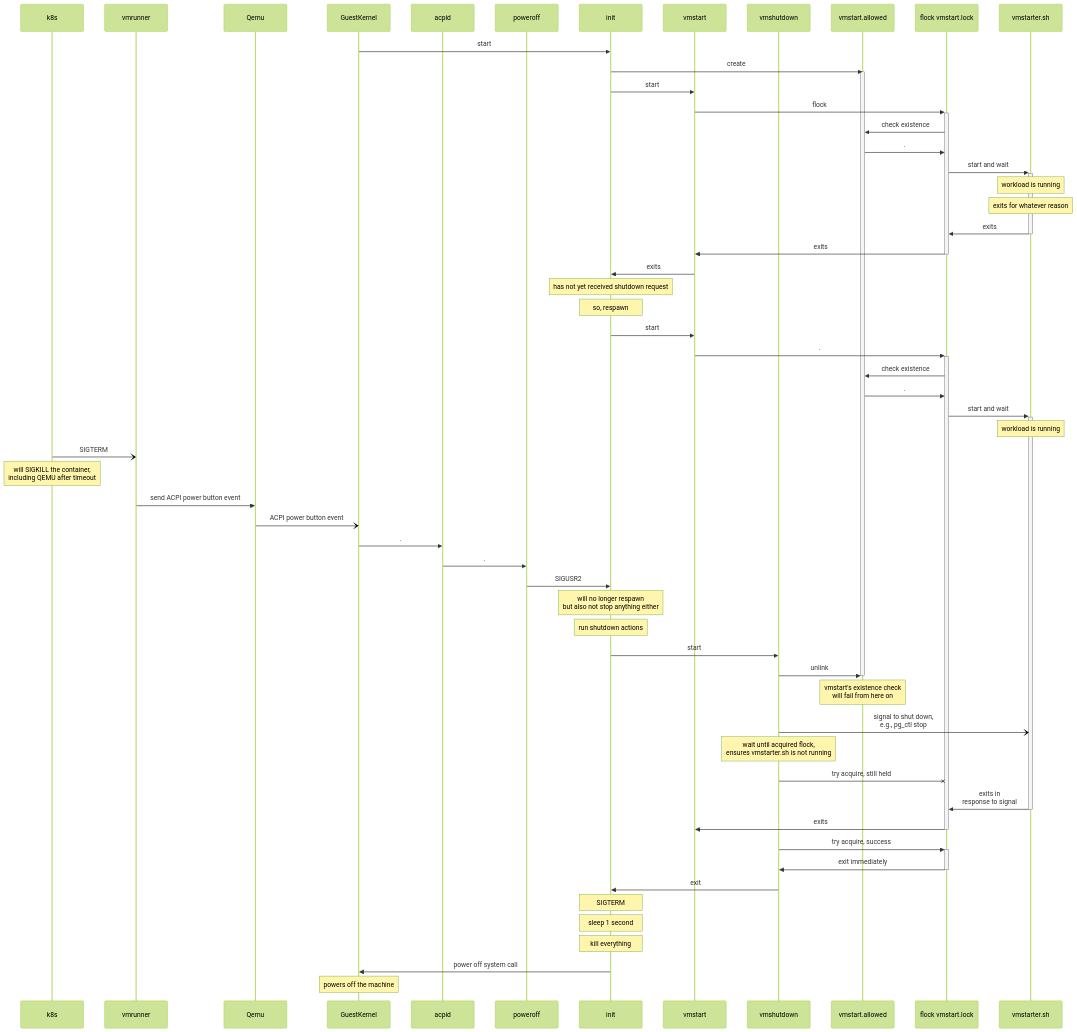
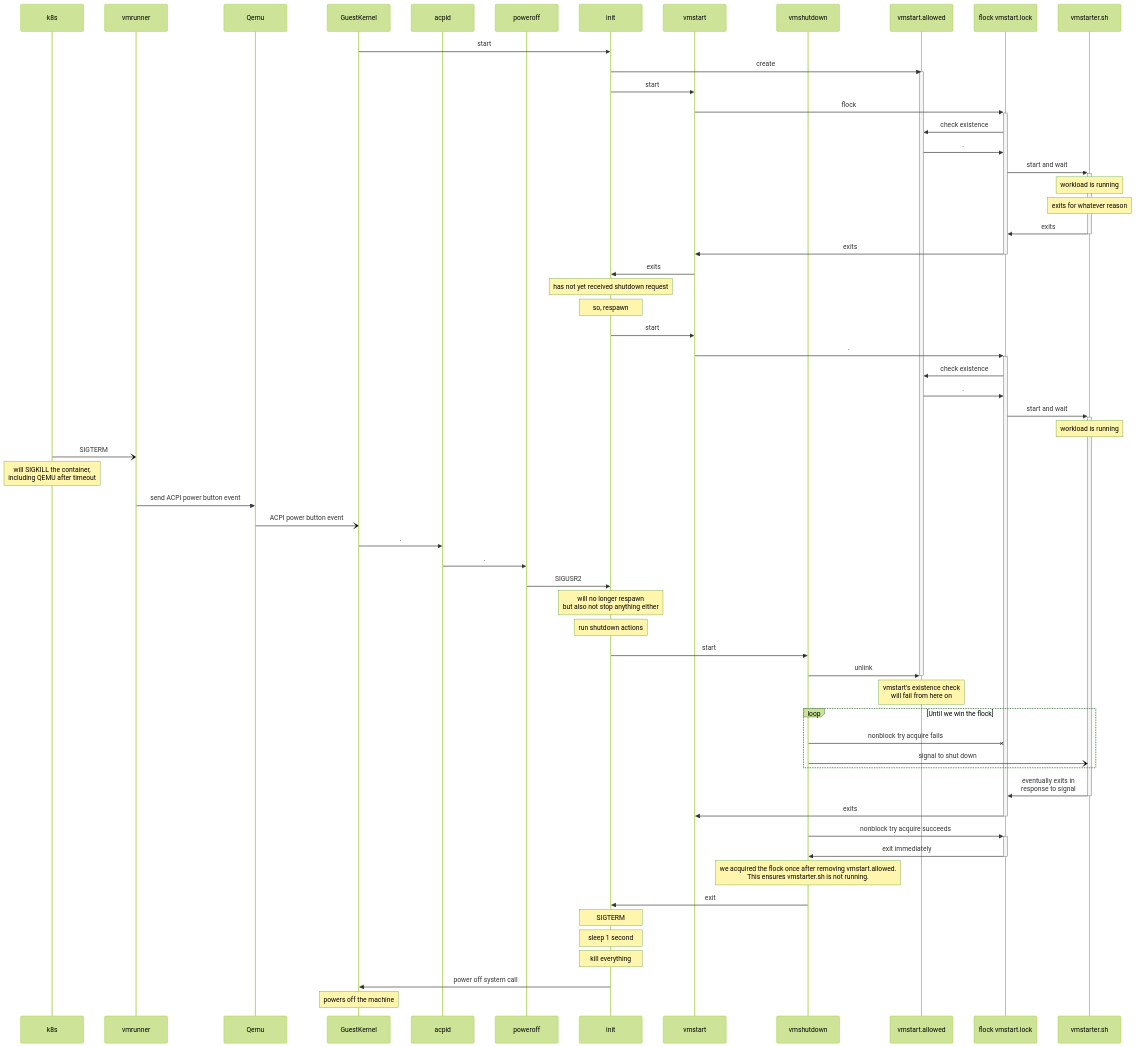
Before and after one commit to neondatabase/autoscaling: the diagram in doc/vm-builder/README.md, drawn with Mermaid (forest theme).

Commit message:
forgot to update the sequence diagram

````diff
--- a/doc/vm-builder/README.md
+++ b/doc/vm-builder/README.md
@@ -77,73 +77,77 @@
 ```mermaid
 sequenceDiagram
 
     participant k8s
     participant vmrunner
     participant Qemu
     participant GuestKernel
     participant acpid
     participant poweroff
     participant init
     participant vmstart
     participant vmshutdown
     participant vmstart.allowed
     participant flock as flock vmstart.lock
     participant vmstarter.sh
 
 
 
     GuestKernel->>init: start
     init->>vmstart.allowed: create
     activate vmstart.allowed
 
     init->>vmstart: start
     vmstart->>+flock: flock
     flock->>vmstart.allowed: check existence
     vmstart.allowed->>flock: .
 
     flock->>+vmstarter.sh: start and wait
     Note over vmstarter.sh: workload is running
     Note over vmstarter.sh: exits for whatever reason
     vmstarter.sh->>-flock: exits
     flock->>-vmstart: exits
     vmstart->>init: exits
 
     Note over init: has not yet received shutdown request
     Note over init: so, respawn
 
     init->>vmstart: start
     vmstart->>+flock: .
     flock->>vmstart.allowed: check existence
     vmstart.allowed->>flock: .
 
     flock->>+vmstarter.sh: start and wait
     Note over vmstarter.sh: workload is running
 
     k8s-)vmrunner: SIGTERM
     Note over k8s: will SIGKILL the container,<br/>including QEMU after timeout
     vmrunner->>Qemu: send ACPI power button event
     Qemu-)GuestKernel: ACPI power button event
     GuestKernel->>acpid: .
     acpid->>poweroff: .
     poweroff->>init: SIGUSR2
     Note over init: will no longer respawn<br/>but also not stop anything either
     Note over init: run shutdown actions
     init->>vmshutdown: start
     vmshutdown->>vmstart.allowed: unlink
     deactivate vmstart.allowed
     Note over vmstart.allowed: vmstart's existence check<br/>will fail from here on
-    vmshutdown-)vmstarter.sh: signal to shut down,<br/>e.g., pg_ctl stop
-    Note over vmshutdown: wait until acquired flock,<br/>ensures vmstarter.sh is not running
-    vmshutdown-xflock: try acquire, still held
-    vmstarter.sh->>-flock: exits in<br/>response to signal
+    loop Until we win the flock
+        vmshutdown-xflock: nonblock try acquire fails
+        vmshutdown-)vmstarter.sh: signal to shut down
+    end
+    vmstarter.sh->>-flock: eventually exits in<br/>response to signal
     flock->>-vmstart: exits
-    vmshutdown->>+flock: try acquire, success
+    vmshutdown->>+flock: nonblock try acquire succeeds
     flock->>-vmshutdown: exit immediately
+
+    Note over vmshutdown: we acquired the flock once after removing vmstart.allowed.<br/>This ensures vmstarter.sh is not running.
+
     vmshutdown->>init: exit
 
     Note over init: SIGTERM
     Note over init: sleep 1 second
     Note over init: kill everything
     init->>GuestKernel: power off system call
     Note over GuestKernel: powers off the machine
 ```
````
